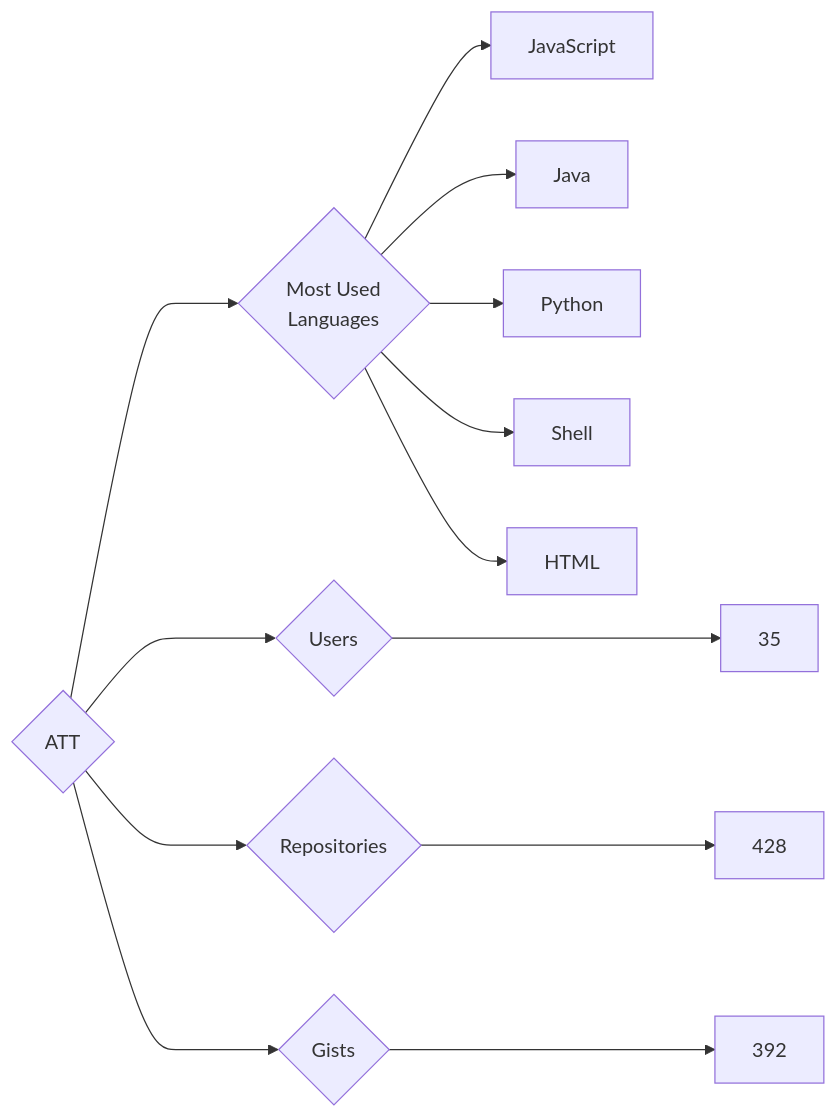
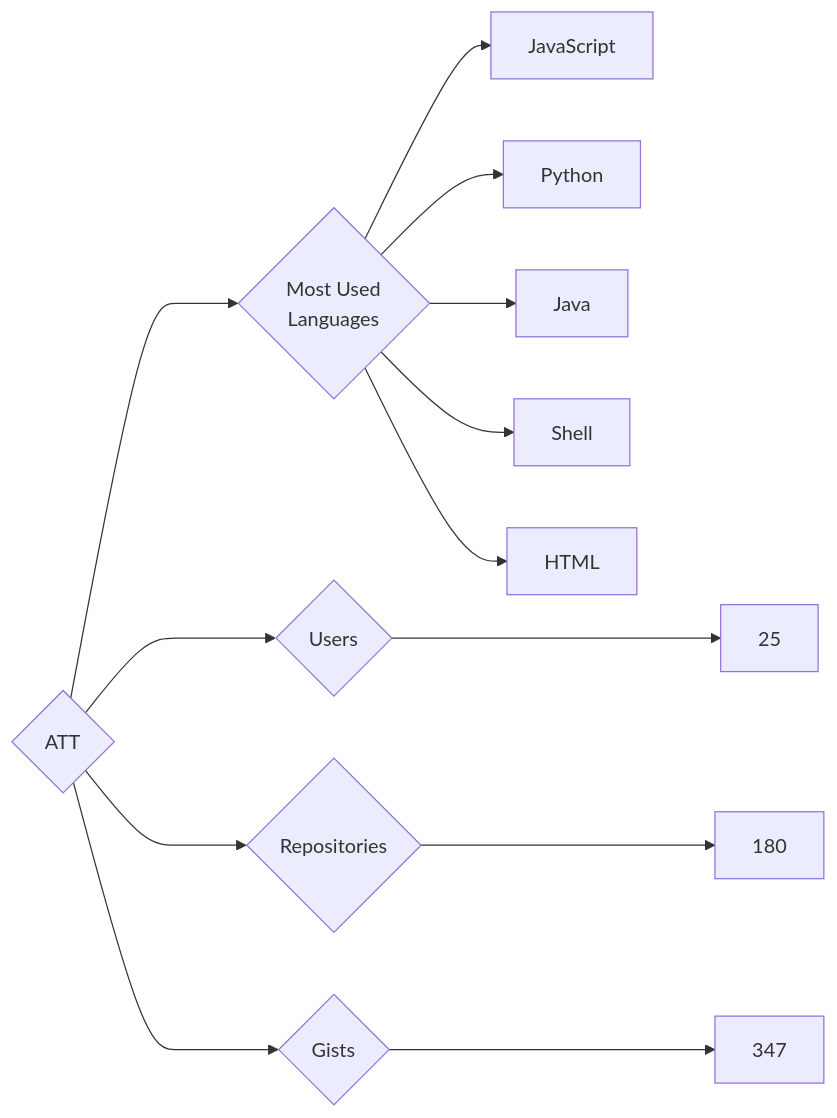
The diagram in targets/ATT/README.md (trickest/insiders), drawn with Mermaid before and after one commit. The commit also changed 681 other files, not shown here.

````diff
--- a/targets/ATT/README.md
+++ b/targets/ATT/README.md
@@ -3,13 +3,13 @@
 ```mermaid
 graph LR
 COMPANY_NAME{ATT}
-COMPANY_NAME ---> U{Users} ---> UN[35]
-COMPANY_NAME ---> R{Repositories} ---> RN[428]
-COMPANY_NAME ---> G{Gists} ---> GN[392]
+COMPANY_NAME ---> U{Users} ---> UN[25]
+COMPANY_NAME ---> R{Repositories} ---> RN[180]
+COMPANY_NAME ---> G{Gists} ---> GN[347]
 COMPANY_NAME ---> ML{Most Used<br>Languages}
 ML --> JavaScript[JavaScript]
+ML --> Python[Python]
 ML --> Java[Java]
-ML --> Python[Python]
 ML --> Shell[Shell]
 ML --> HTML[HTML]
 ```
````
